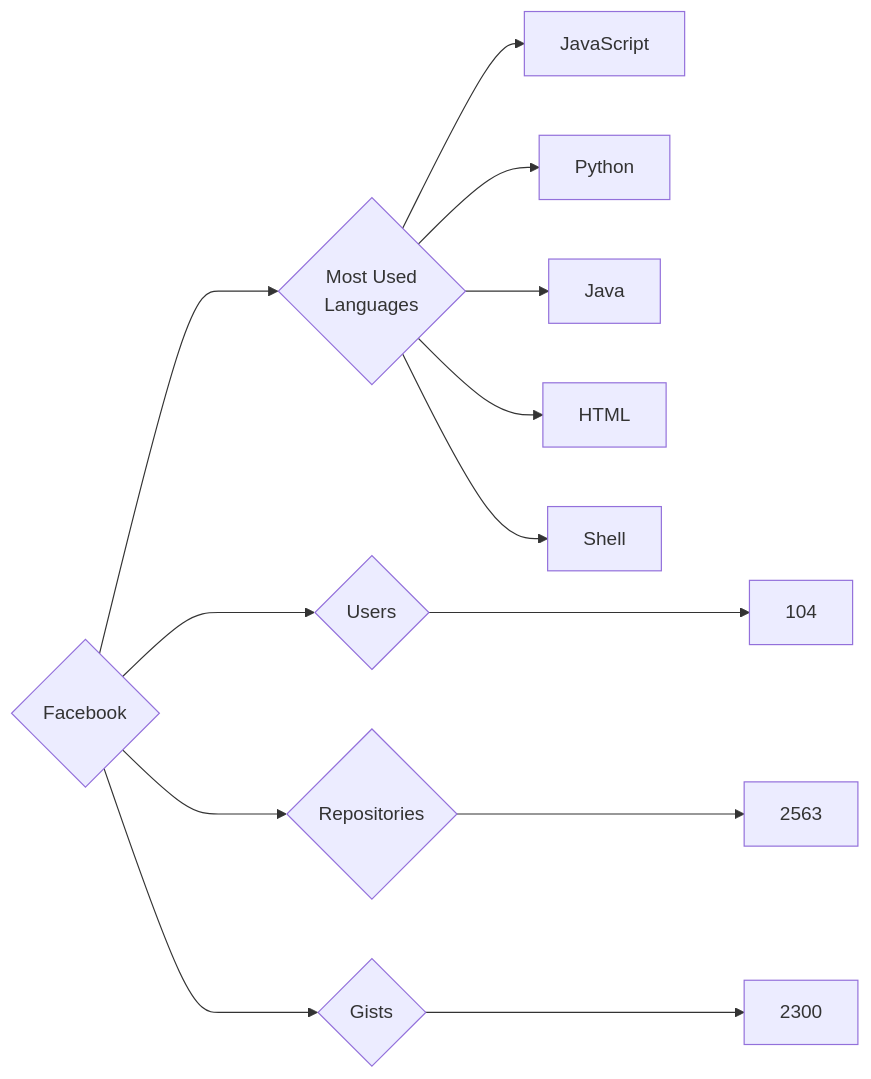
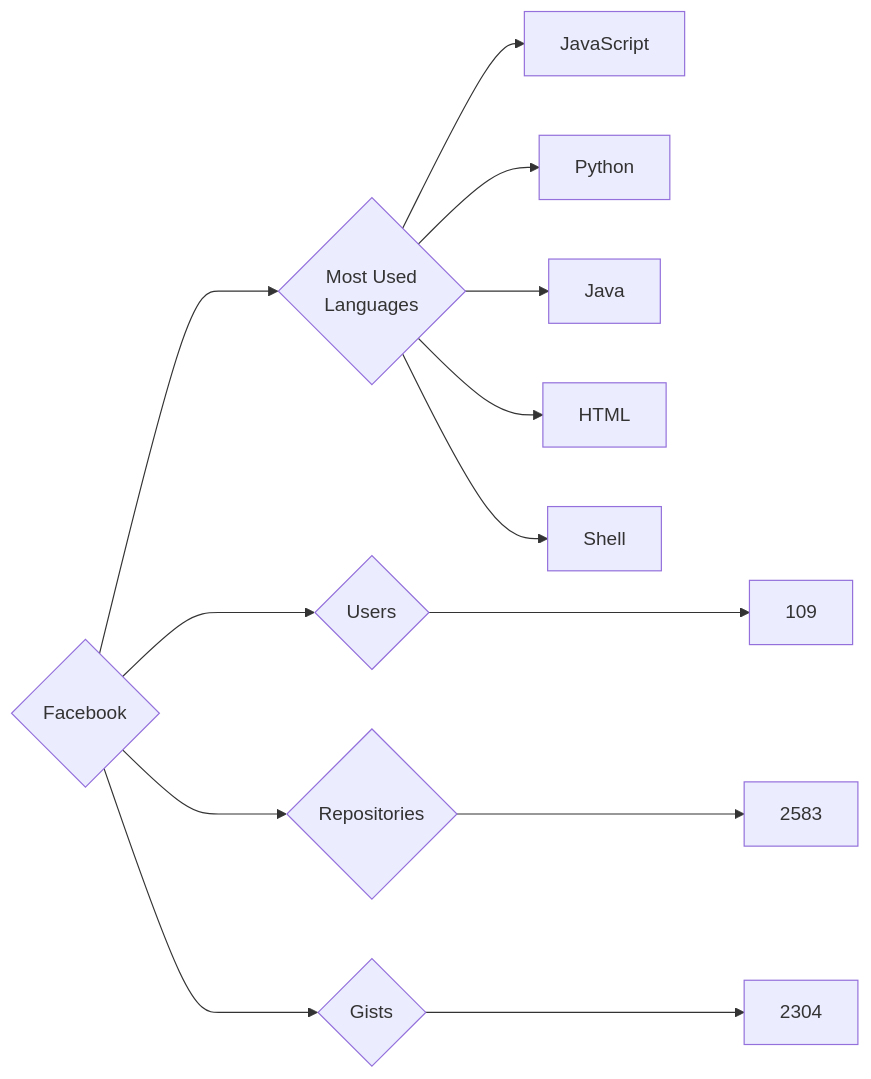
One commit to trickest/insiders changed the diagram in targets/Facebook/README.md. Above: the diagram before and after it, drawn with Mermaid. The commit also changed 826 other files, not shown here.

````diff
--- a/targets/Facebook/README.md
+++ b/targets/Facebook/README.md
@@ -3,13 +3,13 @@
 ```mermaid
 graph LR
 COMPANY_NAME{Facebook}
-COMPANY_NAME ---> U{Users} ---> UN[104]
-COMPANY_NAME ---> R{Repositories} ---> RN[2563]
-COMPANY_NAME ---> G{Gists} ---> GN[2300]
+COMPANY_NAME ---> U{Users} ---> UN[109]
+COMPANY_NAME ---> R{Repositories} ---> RN[2583]
+COMPANY_NAME ---> G{Gists} ---> GN[2304]
 COMPANY_NAME ---> ML{Most Used<br>Languages}
 ML --> JavaScript[JavaScript]
 ML --> Python[Python]
 ML --> Java[Java]
 ML --> HTML[HTML]
 ML --> Shell[Shell]
 ```
````
